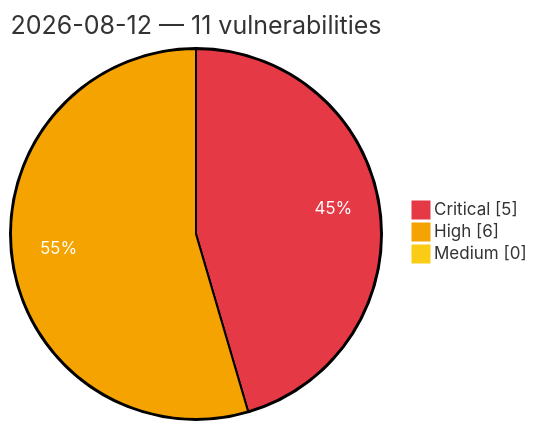
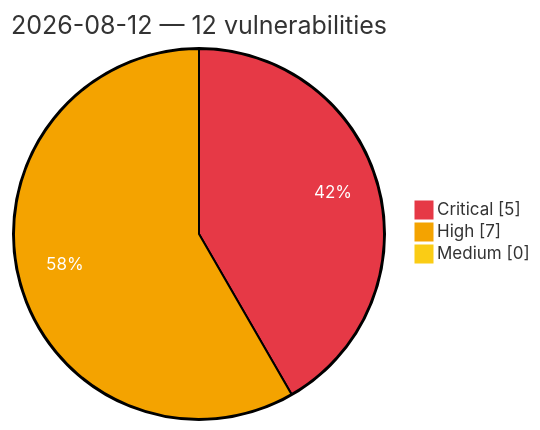
The diagram in vulnerabilities/2026/August/2026-08-12.md (GhostX0X/vuln-tracker), drawn with Mermaid before and after one commit. The commit also changed other lines of this file and 5 other files, not shown here.

````diff
--- a/vulnerabilities/2026/August/2026-08-12.md
+++ b/vulnerabilities/2026/August/2026-08-12.md
@@ -3,8 +3,8 @@
 ```mermaid
 %%{init: {'theme':'base', 'themeVariables': {'pie1':'#e63946', 'pie2':'#f4a300', 'pie3':'#facc15', 'pieOpacity':'1', 'pieOuterStrokeWidth':'2px', 'pieSectionTextColor':'#ffffff'}}}%%
 pie showData
-    title 2026-08-12 — 11 vulnerabilities
+    title 2026-08-12 — 12 vulnerabilities
     "Critical" : 5
-    "High" : 6
+    "High" : 7
     "Medium" : 0
 ```
````
